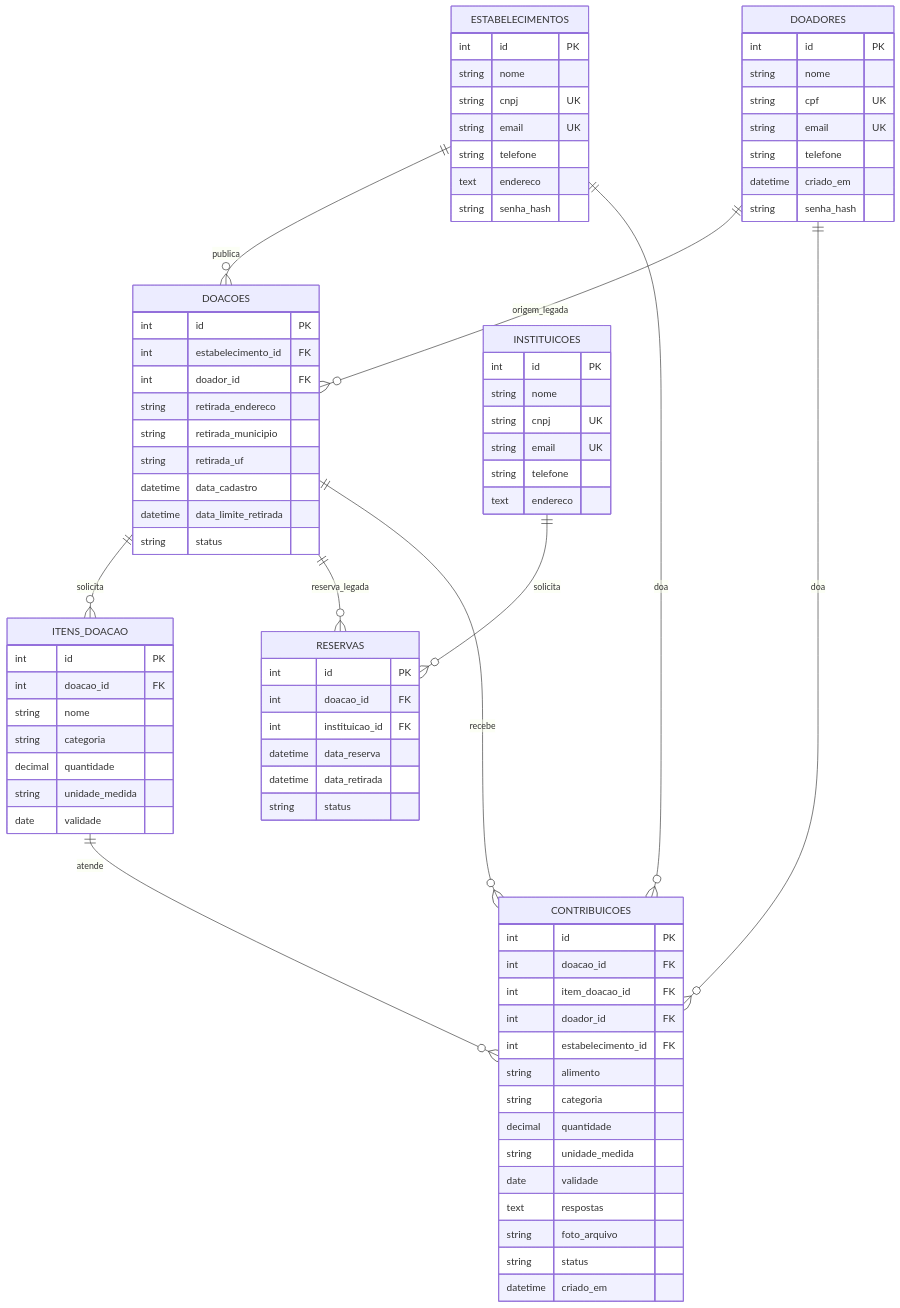
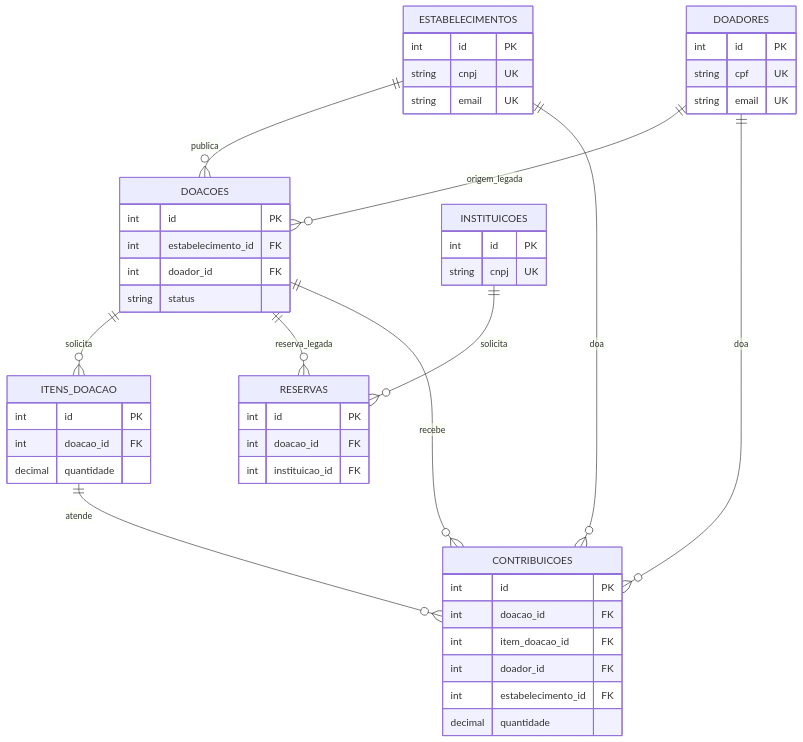
One commit to lucassilb/reconecta-doacoes changed the diagram in docs/modelagem.md. Above: the diagram before and after it, drawn with Mermaid. The commit also changed other lines of this file and 5 other files, not shown here.

````diff
--- a/docs/modelagem.md
+++ b/docs/modelagem.md
@@ -15,60 +25,35 @@
     ITENS_DOACAO ||--o{ CONTRIBUICOES : atende
     DOADORES ||--o{ CONTRIBUICOES : doa
     ESTABELECIMENTOS ||--o{ CONTRIBUICOES : doa
-
     ESTABELECIMENTOS {
         int id PK
-        string nome
         string cnpj UK
         string email UK
-        string telefone
-        text endereco
-        string senha_hash
     }
     DOADORES {
         int id PK
-        string nome
         string cpf UK
         string email UK
-        string telefone
-        datetime criado_em
-        string senha_hash
     }
     INSTITUICOES {
         int id PK
-        string nome
         string cnpj UK
-        string email UK
-        string telefone
-        text endereco
     }
     DOACOES {
         int id PK
         int estabelecimento_id FK
         int doador_id FK
-        string retirada_endereco
-        string retirada_municipio
-        string retirada_uf
-        datetime data_cadastro
-        datetime data_limite_retirada
         string status
     }
     ITENS_DOACAO {
         int id PK
         int doacao_id FK
-        string nome
-        string categoria
         decimal quantidade
-        string unidade_medida
-        date validade
     }
     RESERVAS {
         int id PK
         int doacao_id FK
         int instituicao_id FK
-        datetime data_reserva
-        datetime data_retirada
-        string status
     }
     CONTRIBUICOES {
         int id PK
@@ -76,14 +61,6 @@
         int item_doacao_id FK
         int doador_id FK
         int estabelecimento_id FK
-        string alimento
-        string categoria
         decimal quantidade
-        string unidade_medida
-        date validade
-        text respostas
-        string foto_arquivo
-        string status
-        datetime criado_em
     }
 ```
````
